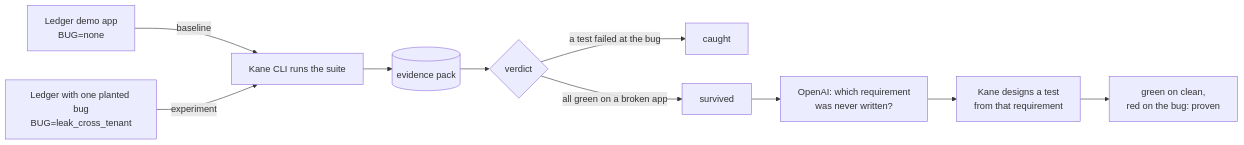
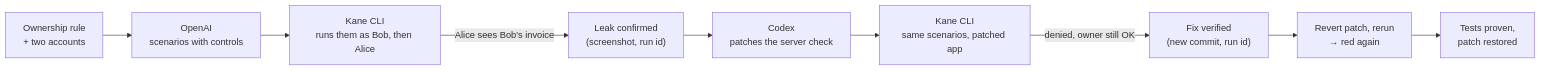
Before and after one commit to aayushkhator1994/bugsy: the diagram in README.md, drawn with Mermaid. The commit also changed other lines of this file and 7 other files, not shown here.

Commit message:
Spec v2: security seatbelt (two-account authz checks, Codex patch, self-check); docs and review page updated

````diff
--- a/README.md
+++ b/README.md
@@ -17,12 +23,11 @@
 ```mermaid
 flowchart LR
-  A[Ledger demo app<br/>BUG=none] -->|baseline| K[Kane CLI runs the suite]
-  M[Ledger with one planted bug<br/>BUG=leak_cross_tenant] -->|experiment| K
-  K --> E[(evidence pack)]
-  E --> V{verdict}
-  V -->|a test failed at the bug| C[caught]
-  V -->|all green on a broken app| S[survived]
-  S --> O[OpenAI: which requirement<br/>was never written?]
-  O --> D[Kane designs a test<br/>from that requirement]
-  D --> P[green on clean,<br/>red on the bug: proven]
+  R["Ownership rule<br/>+ two accounts"] --> O["OpenAI<br/>scenarios with controls"]
+  O --> K1["Kane CLI<br/>runs them as Bob, then Alice"]
+  K1 -->|"Alice sees Bob's invoice"| F["Leak confirmed<br/>(screenshot, run id)"]
+  F --> C["Codex<br/>patches the server check"]
+  C --> K2["Kane CLI<br/>same scenarios, patched app"]
+  K2 -->|"denied, owner still OK"| V["Fix verified<br/>(new commit, run id)"]
+  V --> S["Revert patch, rerun<br/>→ red again"]
+  S --> P["Tests proven,<br/>patch restored"]
 ```
````
